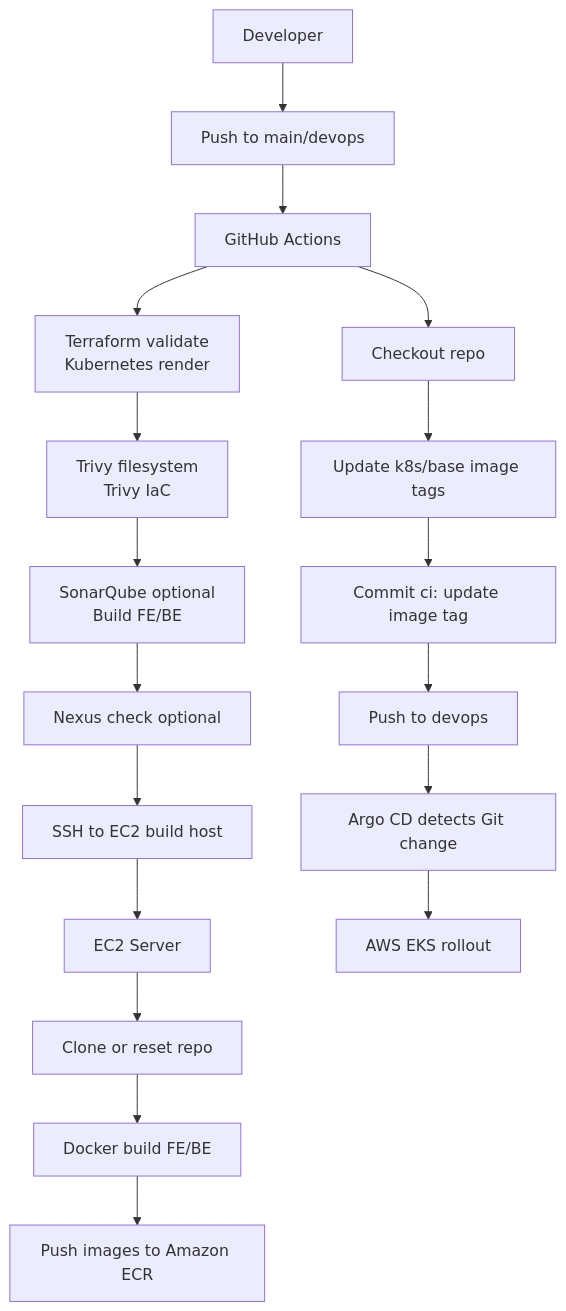
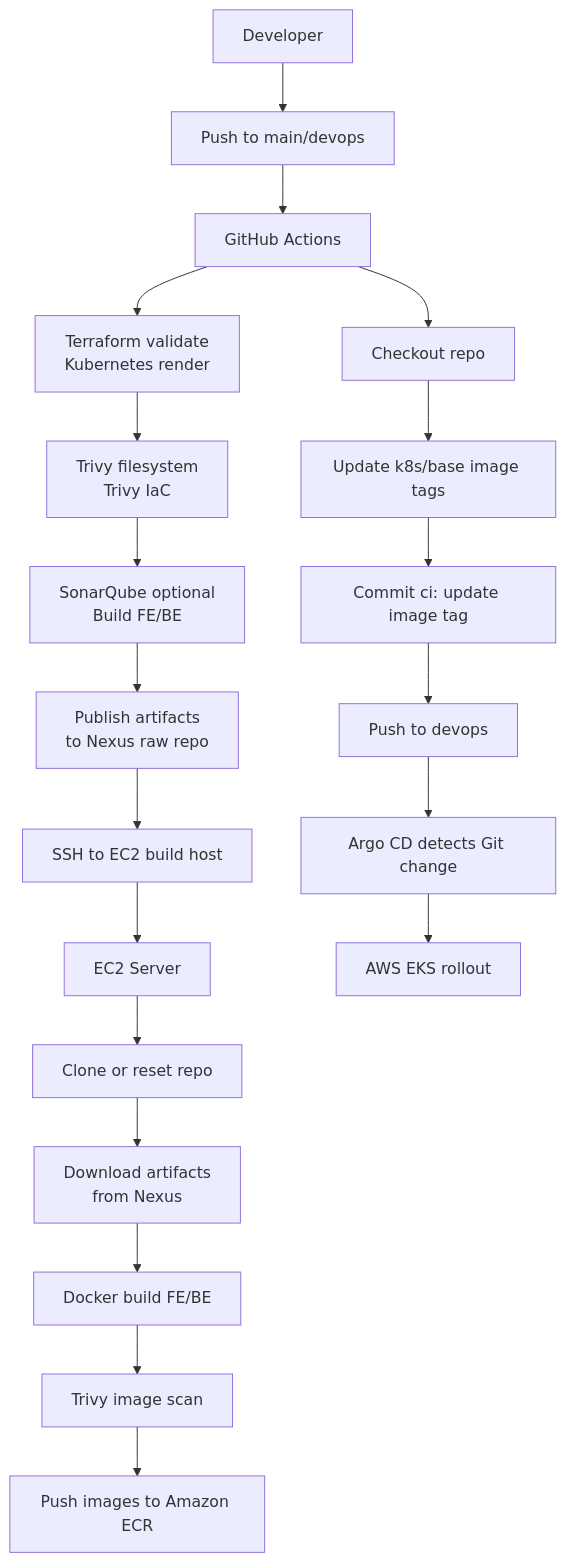
Before and after one commit to Kien-devops/eks-cicd-argocd-sec-monitor: the first of 2 diagrams in .github/workflows/README.md, drawn with Mermaid. The commit also changed other lines of this file and 2 other files, not shown here.

Commit message:
ci: build images from nexus artifacts

````diff
--- a/.github/workflows/README.md
+++ b/.github/workflows/README.md
@@ -20,20 +20,22 @@
 ```mermaid
 flowchart TB
   dev[Developer] --> push[Push to main/devops]
   push --> gha[GitHub Actions]
   gha --> iac[Terraform validate<br/>Kubernetes render]
   iac --> trivy[Trivy filesystem<br/>Trivy IaC]
   trivy --> sonar[SonarQube optional<br/>Build FE/BE]
-  sonar --> nexus[Nexus check optional]
+  sonar --> nexus[Publish artifacts<br/>to Nexus raw repo]
   nexus --> ssh[SSH to EC2 build host]
   ssh --> ec2[EC2 Server]
   ec2 --> clone[Clone or reset repo]
-  clone --> docker[Docker build FE/BE]
-  docker --> ecr[Push images to Amazon ECR]
+  clone --> pull[Download artifacts<br/>from Nexus]
+  pull --> docker[Docker build FE/BE]
+  docker --> imgscan[Trivy image scan]
+  imgscan --> ecr[Push images to Amazon ECR]
   gha --> checkout[Checkout repo]
   checkout --> update[Update k8s/base image tags]
   update --> commit[Commit ci: update image tag]
   commit --> git[Push to devops]
   git --> argocd[Argo CD detects Git change]
   argocd --> eks[AWS EKS rollout]
 ```
````
